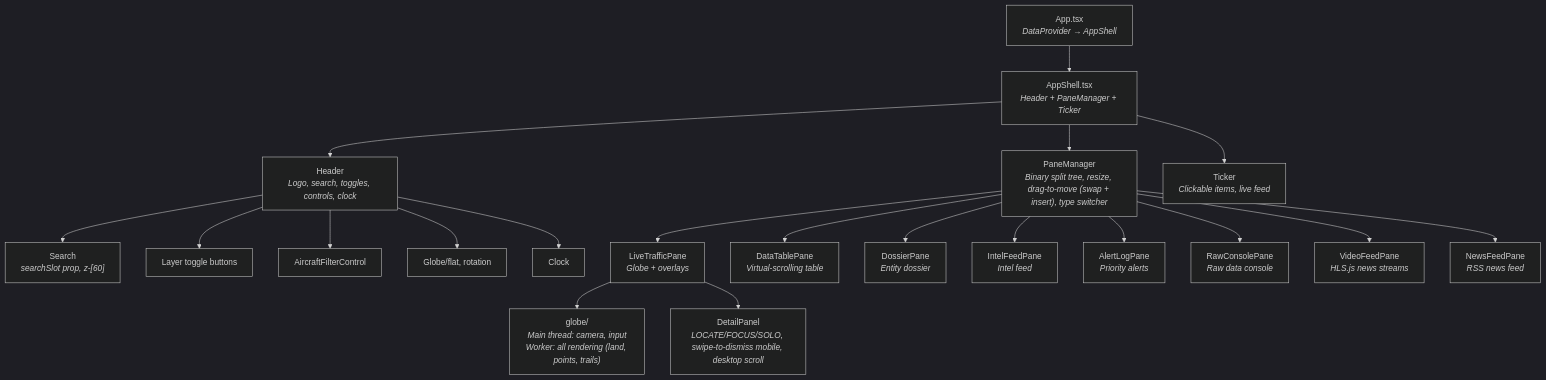
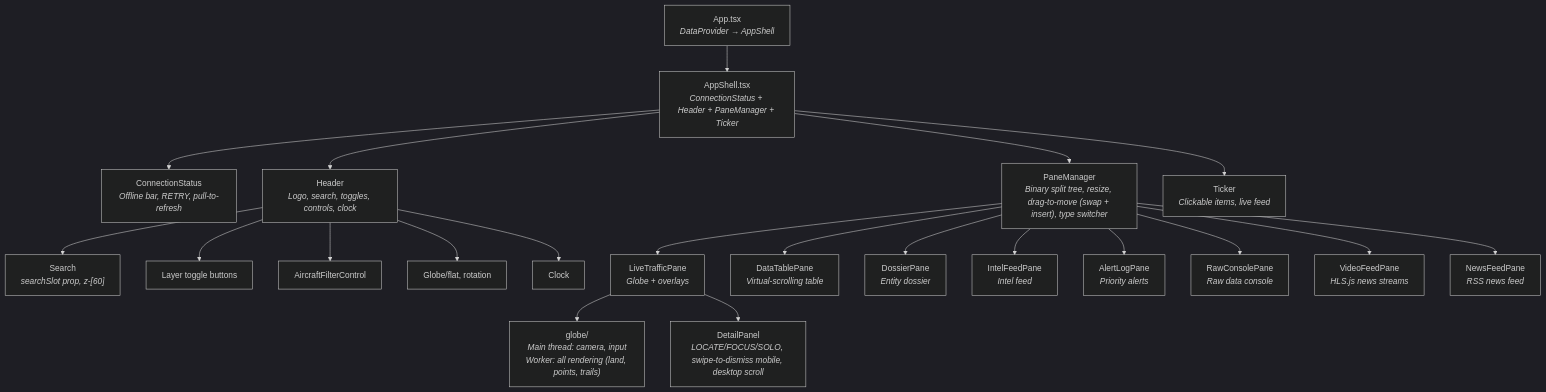
The second of 2 diagrams in docs/architecture.md (iiTONELOC/sigint), drawn with Mermaid (dark theme) before and after one commit. The commit also changed other lines of this file and 7 other files, not shown here.

````diff
--- a/docs/architecture.md
+++ b/docs/architecture.md
@@ -257,27 +242,28 @@
 ```mermaid
 graph TD
     App["App.tsx<br/><i>DataProvider → AppShell</i>"]
-    App --> AppShell["AppShell.tsx<br/><i>Header + PaneManager + Ticker</i>"]
+    App --> AppShell["AppShell.tsx<br/><i>ConnectionStatus + Header + PaneManager + Ticker</i>"]
 
+    AppShell --> ConnStatus["ConnectionStatus<br/><i>Offline bar, RETRY, pull-to-refresh</i>"]
     AppShell --> Header["Header<br/><i>Logo, search, toggles, controls, clock</i>"]
     Header --> SearchComp["Search<br/><i>searchSlot prop, z-[60]</i>"]
     Header --> LayerToggles["Layer toggle buttons"]
     Header --> AircraftFC["AircraftFilterControl"]
     Header --> ViewControls["Globe/flat, rotation"]
     Header --> Clock["Clock"]
 
     AppShell --> PM["PaneManager<br/><i>Binary split tree, resize, drag-to-move (swap + insert), type switcher</i>"]
     PM --> LTP["LiveTrafficPane<br/><i>Globe + overlays</i>"]
     PM --> DTP["DataTablePane<br/><i>Virtual-scrolling table</i>"]
     PM --> DSP["DossierPane<br/><i>Entity dossier</i>"]
     PM --> IFP["IntelFeedPane<br/><i>Intel feed</i>"]
     PM --> ALP["AlertLogPane<br/><i>Priority alerts</i>"]
     PM --> RCP["RawConsolePane<br/><i>Raw data console</i>"]
     PM --> VFP["VideoFeedPane<br/><i>HLS.js news streams</i>"]
     PM --> NFP["NewsFeedPane<br/><i>RSS news feed</i>"]
 
     LTP --> GlobeViz["globe/<br/><i>Main thread: camera, input<br/>Worker: all rendering (land, points, trails)</i>"]
     LTP --> DetailPanel["DetailPanel<br/><i>LOCATE/FOCUS/SOLO, swipe-to-dismiss mobile, desktop scroll</i>"]
 
     AppShell --> Ticker["Ticker<br/><i>Clickable items, live feed</i>"]
 ```
````
